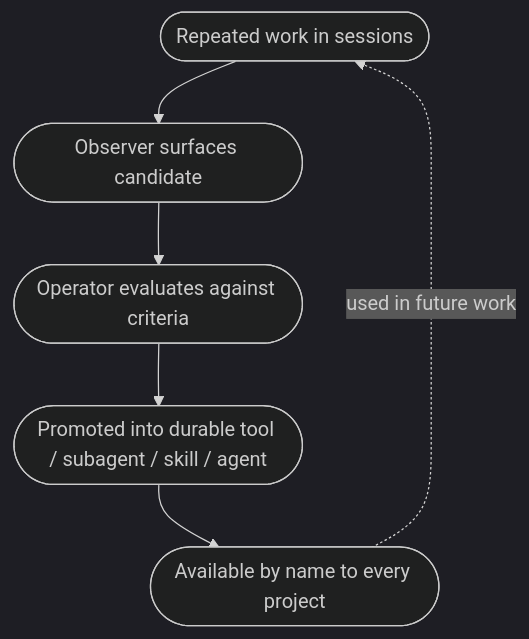
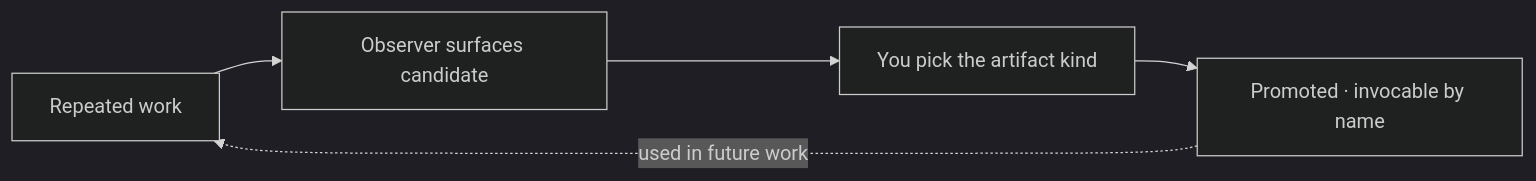
Before and after one commit to Lizo-RoadTown/tapestry: the diagram in apps/docs-site/src/content/docs/explanation/upskilling.md, drawn with Mermaid (dark theme). The commit also changed other lines of this file and 11 other files, not shown here.

````diff
--- a/apps/docs-site/src/content/docs/explanation/upskilling.md
+++ b/apps/docs-site/src/content/docs/explanation/upskilling.md
@@ -20,10 +14,7 @@
 ```mermaid
-flowchart TB
-  A([Repeated work in sessions])
-  B([Observer surfaces candidate])
-  C([Operator evaluates against criteria])
-  D([Promoted into durable tool / subagent / skill / agent])
-  E([Available by name to every project])
-  A --> B --> C --> D --> E
-  E -.->|"used in future work"| A
+flowchart LR
+  A[Repeated work] --> B[Observer surfaces candidate]
+  B --> C[You pick the artifact kind]
+  C --> D[Promoted · invocable by name]
+  D -.->|used in future work| A
 ```
````
